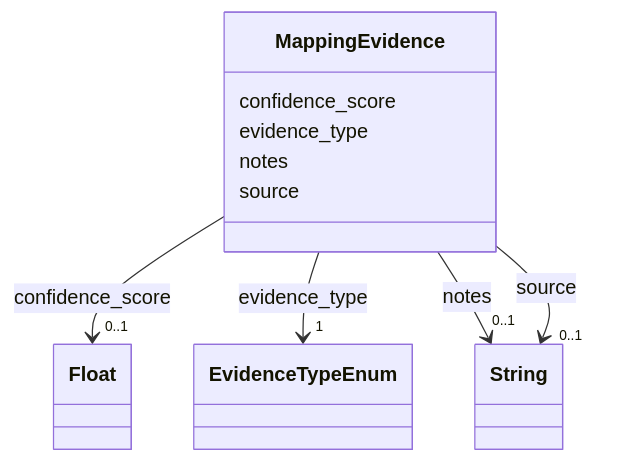
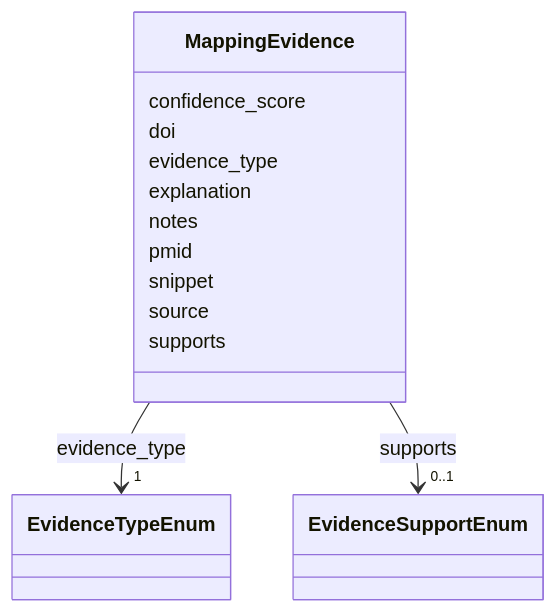
Before and after one commit to CultureBotAI/MediaIngredientMech: the diagram in docs/MappingEvidence.md, drawn with Mermaid. The commit also changed other lines of this file and 70 other files, not shown here.

````diff
--- a/docs/MappingEvidence.md
+++ b/docs/MappingEvidence.md
@@ -18,50 +18,42 @@
 ```mermaid
  classDiagram
     class MappingEvidence
     click MappingEvidence href "../MappingEvidence/"
       MappingEvidence : confidence_score
         
-          
-    
-        
-        
-        MappingEvidence --> "0..1" Float : confidence_score
-        click Float href "../http://www.w3.org/2001/XMLSchema#float/"
-    
-
+      MappingEvidence : doi
         
       MappingEvidence : evidence_type
         
           
     
         
         
         MappingEvidence --> "1" EvidenceTypeEnum : evidence_type
         click EvidenceTypeEnum href "../EvidenceTypeEnum/"
     
 
         
+      MappingEvidence : explanation
+        
       MappingEvidence : notes
+        
+      MappingEvidence : pmid
+        
+      MappingEvidence : snippet
+        
+      MappingEvidence : source
+        
+      MappingEvidence : supports
         
           
     
         
         
-        MappingEvidence --> "0..1" String : notes
-        click String href "../http://www.w3.org/2001/XMLSchema#string/"
-    
-
-        
-      MappingEvidence : source
-        
-          
-    
-        
-        
-        MappingEvidence --> "0..1" String : source
-        click String href "../http://www.w3.org/2001/XMLSchema#string/"
+        MappingEvidence --> "0..1" EvidenceSupportEnum : supports
+        click EvidenceSupportEnum href "../EvidenceSupportEnum/"
     
 
         
       
 ```
````
